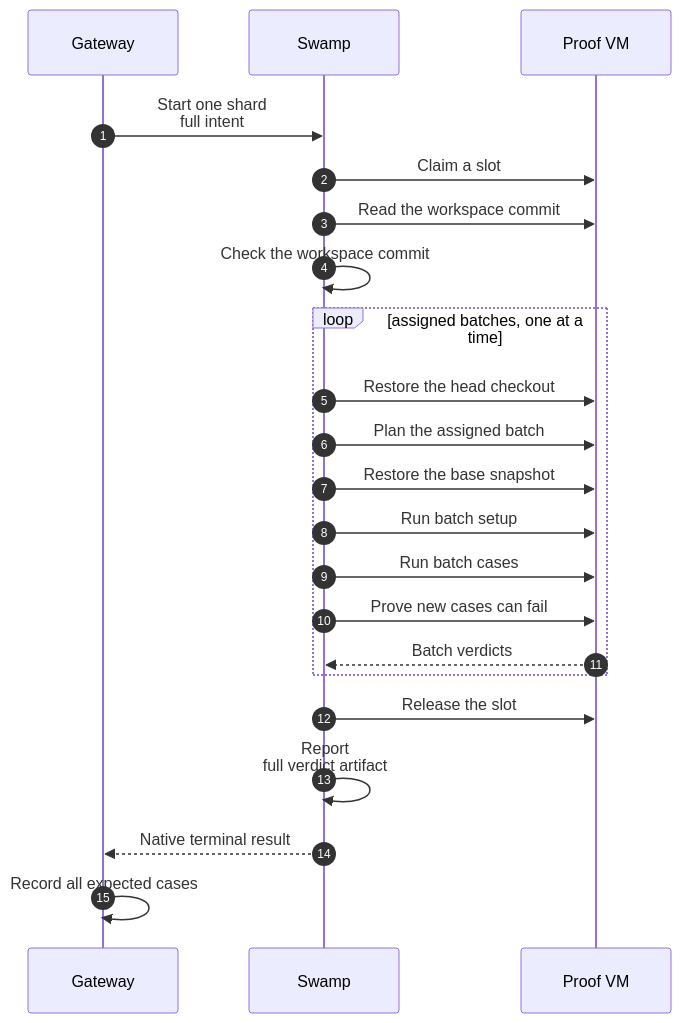
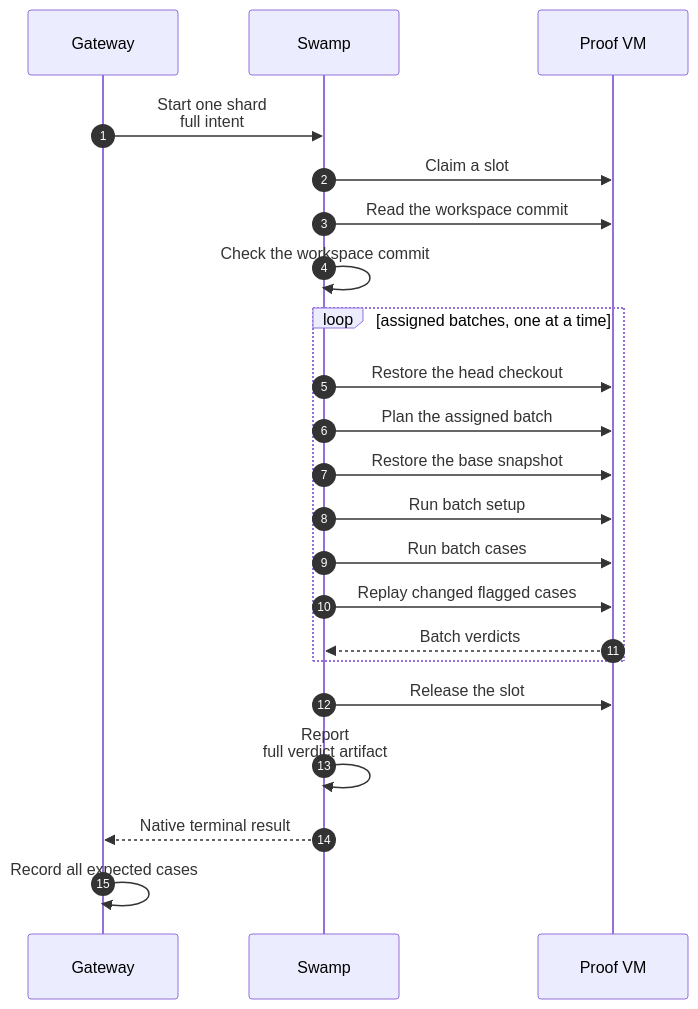
One commit to hardimpactdev/orbit changed the diagram in docs/cli/proof/command.mmd. Above: the diagram before and after it, drawn with Mermaid. The commit also changed 7 other files, not shown here.

Commit message:
docs: define opt-in merge-base proof replay

```diff
--- a/docs/cli/proof/command.mmd
+++ b/docs/cli/proof/command.mmd
@@ -1,34 +1,34 @@
 sequenceDiagram
   %% status: reviewed
   %% command: none · started by proof:run
   %% kind: proof.command
   autonumber
   participant GW as Gateway
   participant SW as Swamp
   participant VM as Proof VM
   GW->>SW: Start one shard<br/>full intent
   %%> Record one group and VM with its whole batch assignments and expected expanded case ids. Operator proofs instead carry one full command from task admission.
   SW->>VM: Claim a slot
   SW->>VM: Read the workspace commit
   SW->>SW: Check the workspace commit
   %%> A mismatch fails before cases and records expected and found commits.
   loop assigned batches, one at a time
     SW->>VM: Restore the head checkout
-    %%> A prior new-case check may have left the checkout at the merge base. Restore the admitted head before planning.
+    %%> A prior flagged-case check may have left the checkout at the merge base. Restore the admitted head before planning.
     SW->>VM: Plan the assigned batch
     %%> runner plan --lines --only-batch restricts execution to the whole admitted batch. An operator run plans the full command.
     SW->>VM: Restore the base snapshot
     SW->>VM: Run batch setup
     SW->>VM: Run batch cases
     %%> The runner schedules cases within the fleet's existing concurrency and isolation rules. Keep every verdict line in the output artifact.
-    SW->>VM: Prove new cases can fail
-    %%> A new case must fail with cause assertion at the merge base. Missing evidence fails.
+    SW->>VM: Replay changed flagged cases
+    %%> Only admitted added or changed cases with fails_on_base: true replay on the merge base. Each must fail with cause assertion. Passing or missing evidence fails; unchanged flags and unflagged cases never replay.
     VM-->>SW: Batch verdicts
   end
   SW->>VM: Release the slot
   %%> Always after success or failure. Only operator proofs can keep a failed VM for 60 minutes. CI always deletes.
   SW->>SW: Report<br/>full verdict artifact
   %%> Prefix each line with its command, file and batch. The fixed capture reads the full artifact rather than the 4 KiB history summary.
   SW-->>GW: Native terminal result
   GW->>GW: Record all expected cases
   %%> Failed, missing, duplicate or unassigned verdicts fail the shard. A missing case becomes unrun. A missing or failed delete schedules normal group cancellation. The parent closes one merged report after all shards end.
```
